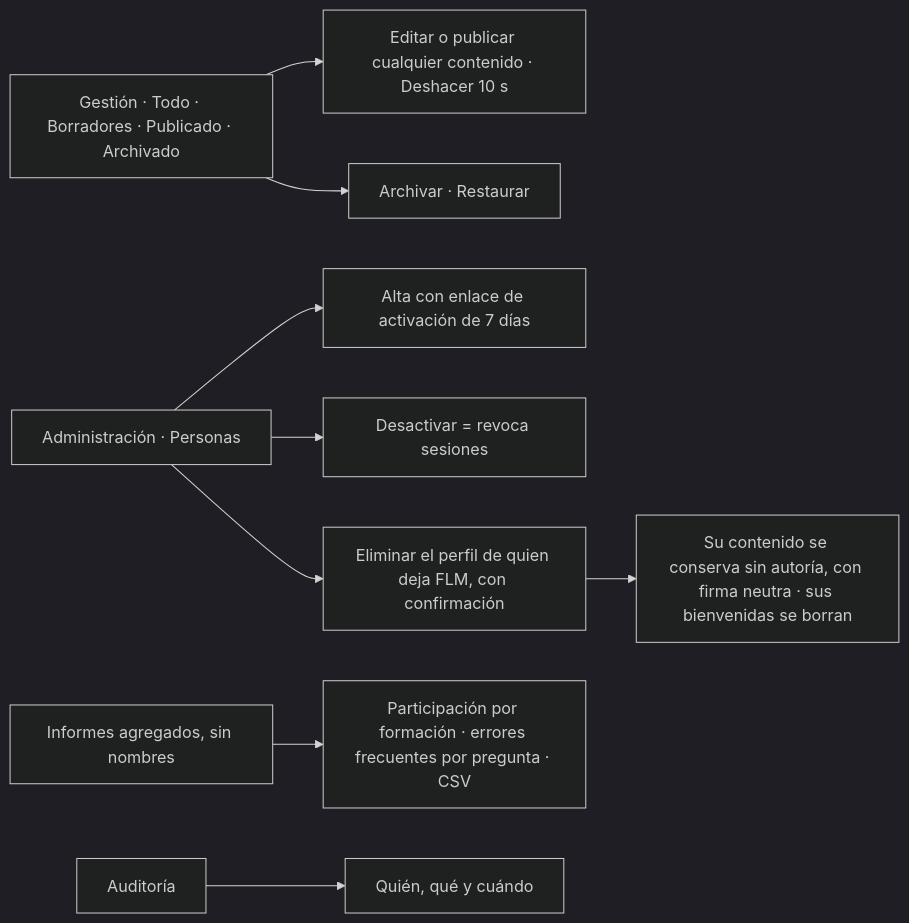
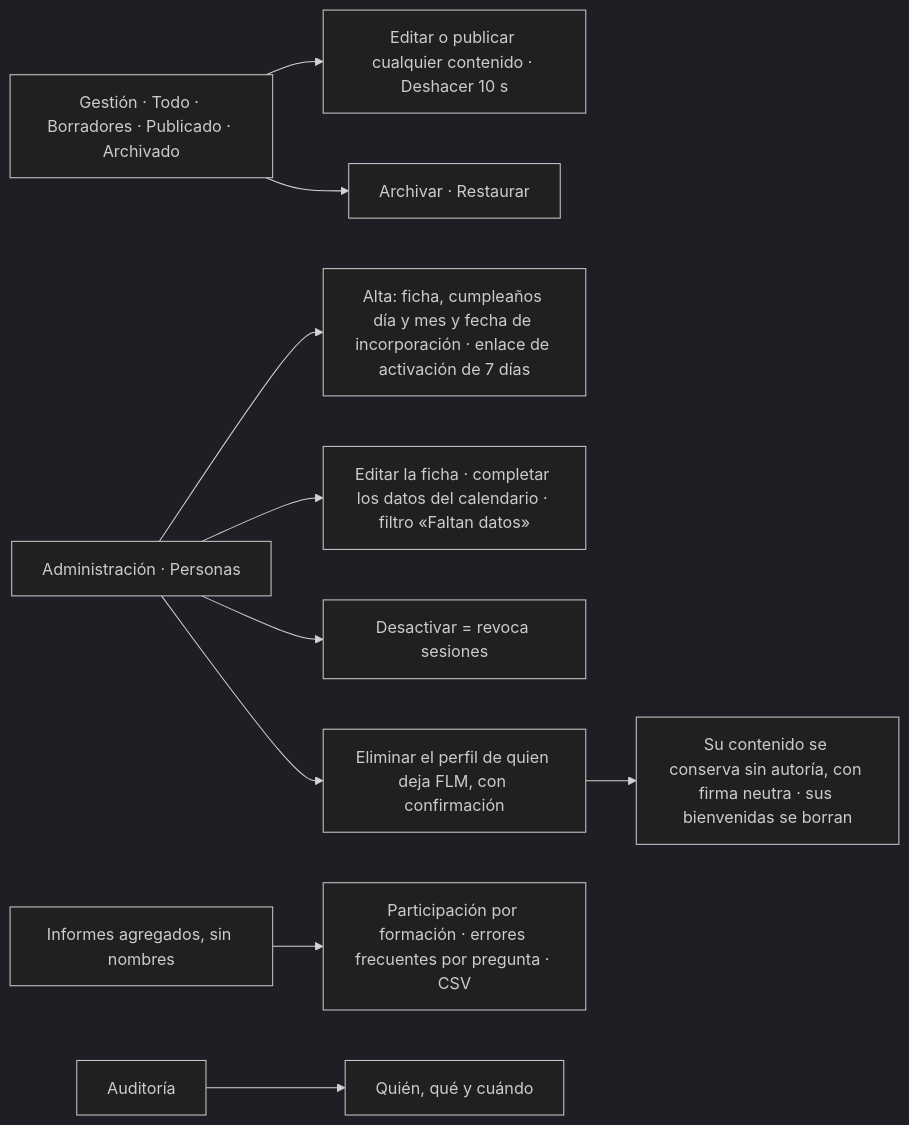
One commit to megalovaniatic/flm-campus changed the sixth of 6 diagrams in docs/04-arquitectura-y-recorridos.md. Above: the diagram before and after it, drawn with Mermaid (dark theme). The commit also changed other lines of this file and 141 other files, not shown here.

First line of the commit message:
Añade cuatro formaciones de Contabilidad, fechas del calendario y bienvenidas reales

````diff
--- a/docs/04-arquitectura-y-recorridos.md
+++ b/docs/04-arquitectura-y-recorridos.md
@@ -126,11 +126,12 @@
 ```mermaid
 flowchart LR
   A[Gestión · Todo · Borradores · Publicado · Archivado] --> B[Editar o publicar cualquier contenido · Deshacer 10 s]
   A --> K[Archivar · Restaurar]
-  C[Administración · Personas] --> D[Alta con enlace de activación de 7 días]
+  C[Administración · Personas] --> D[Alta: ficha, cumpleaños día y mes y fecha de incorporación · enlace de activación de 7 días]
+  C --> M[Editar la ficha · completar los datos del calendario · filtro «Faltan datos»]
   C --> E[Desactivar = revoca sesiones]
   C --> F[Eliminar el perfil de quien deja FLM, con confirmación]
   F --> L[Su contenido se conserva sin autoría, con firma neutra · sus bienvenidas se borran]
   G[Informes agregados, sin nombres] --> H[Participación por formación · errores frecuentes por pregunta · CSV]
   I[Auditoría] --> J[Quién, qué y cuándo]
 ```
````
